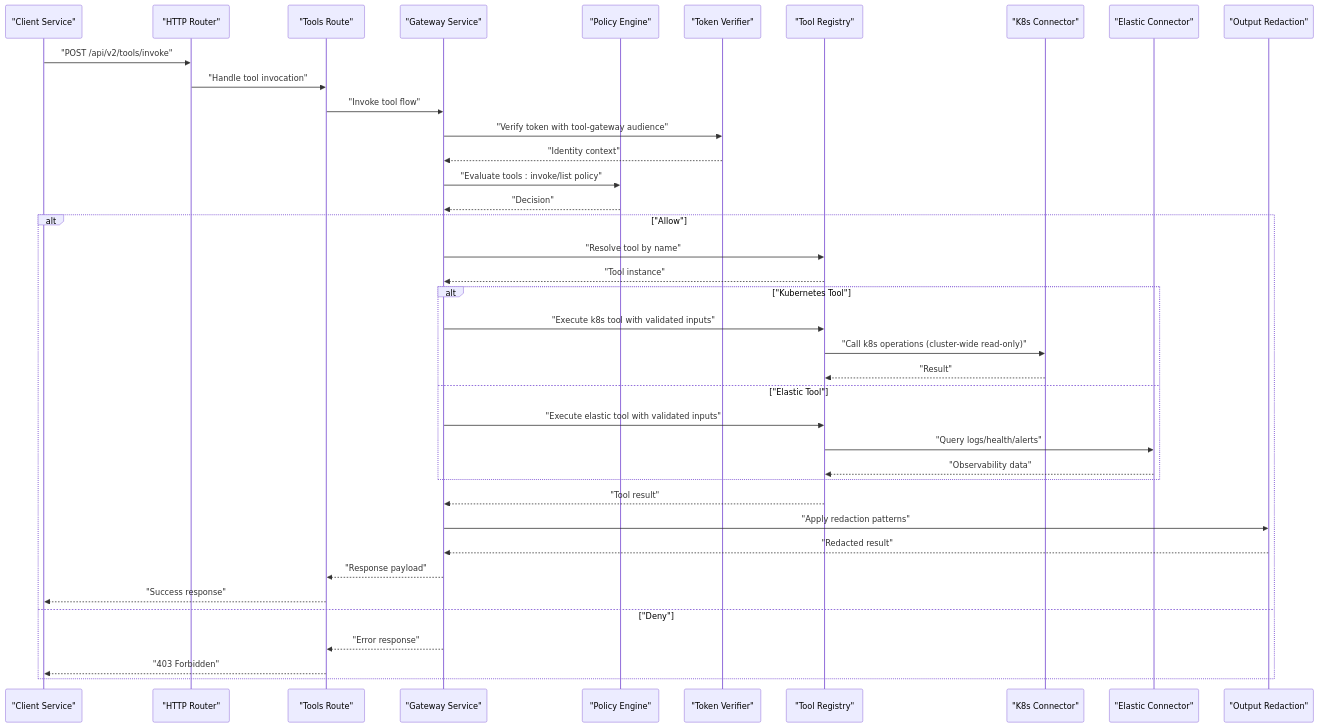
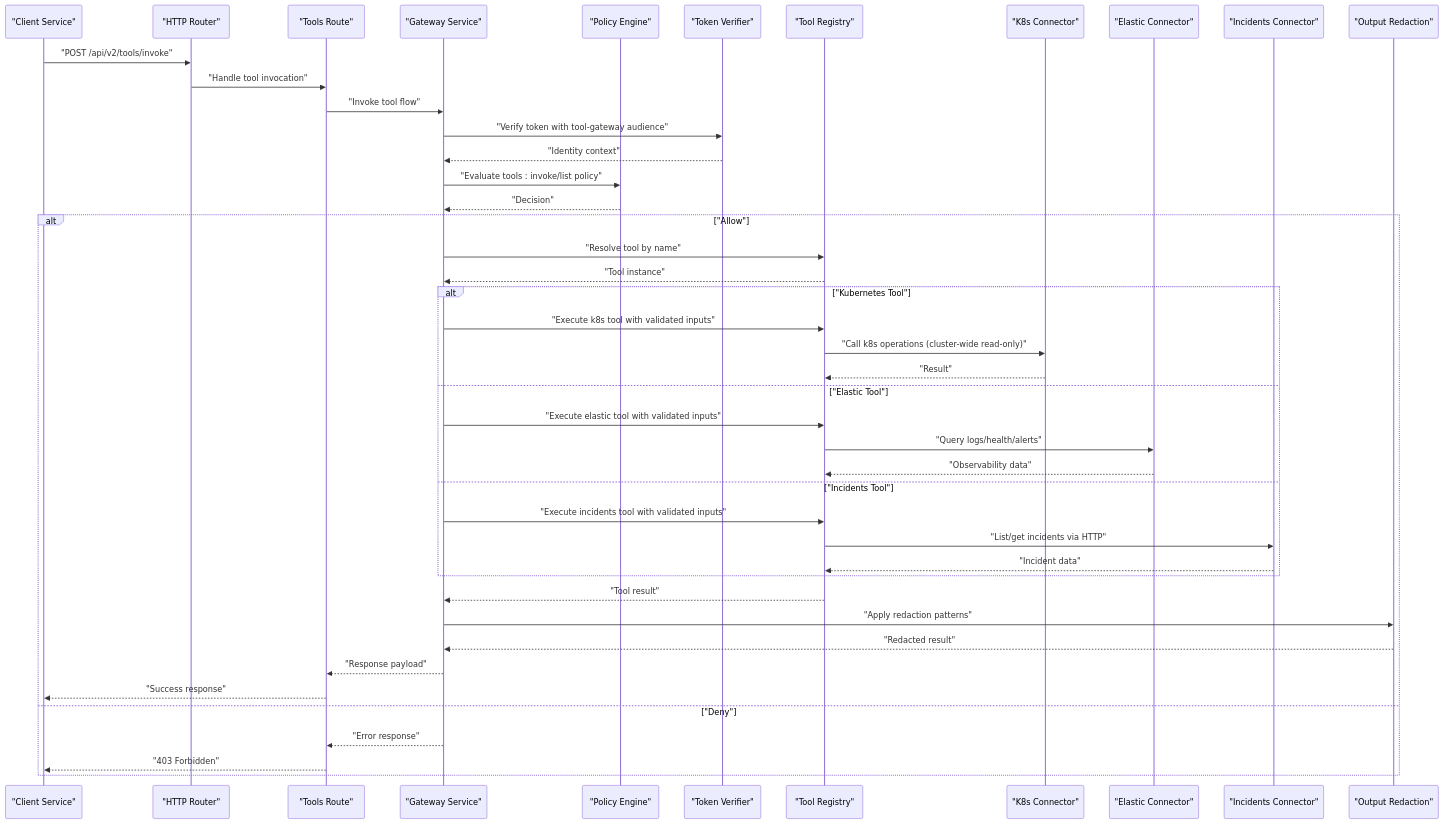
Before and after one commit to metasync/luban-aiops: the second of 12 diagrams in .qoder/repowiki/en/content/Tool Gateway Service/Tool Gateway Service.md, drawn with Mermaid. The commit also changed other lines of this file and 6 other files, not shown here.

````diff
--- a/.qoder/repowiki/en/content/Tool Gateway Service/Tool Gateway Service.md
+++ b/.qoder/repowiki/en/content/Tool Gateway Service/Tool Gateway Service.md
@@ -186,41 +195,46 @@
 ```mermaid
 sequenceDiagram
 participant Client as "Client Service"
 participant Router as "HTTP Router"
 participant ToolsRoute as "Tools Route"
 participant Gateway as "Gateway Service"
 participant Policy as "Policy Engine"
 participant Token as "Token Verifier"
 participant Registry as "Tool Registry"
 participant K8s as "K8s Connector"
 participant Elastic as "Elastic Connector"
+participant Incidents as "Incidents Connector"
 participant Redaction as "Output Redaction"
 Client->>Router : "POST /api/v2/tools/invoke"
 Router->>ToolsRoute : "Handle tool invocation"
 ToolsRoute->>Gateway : "Invoke tool flow"
 Gateway->>Token : "Verify token with tool-gateway audience"
 Token-->>Gateway : "Identity context"
 Gateway->>Policy : "Evaluate tools : invoke/list policy"
 Policy-->>Gateway : "Decision"
 alt "Allow"
 Gateway->>Registry : "Resolve tool by name"
 Registry-->>Gateway : "Tool instance"
 alt "Kubernetes Tool"
 Gateway->>Registry : "Execute k8s tool with validated inputs"
 Registry->>K8s : "Call k8s operations (cluster-wide read-only)"
 K8s-->>Registry : "Result"
 else "Elastic Tool"
 Gateway->>Registry : "Execute elastic tool with validated inputs"
 Registry->>Elastic : "Query logs/health/alerts"
 Elastic-->>Registry : "Observability data"
+else "Incidents Tool"
+Gateway->>Registry : "Execute incidents tool with validated inputs"
+Registry->>Incidents : "List/get incidents via HTTP"
+Incidents-->>Registry : "Incident data"
 end
 Registry-->>Gateway : "Tool result"
 Gateway->>Redaction : "Apply redaction patterns"
 Redaction-->>Gateway : "Redacted result"
 Gateway-->>ToolsRoute : "Response payload"
 ToolsRoute-->>Client : "Success response"
 else "Deny"
 Gateway-->>ToolsRoute : "Error response"
 ToolsRoute-->>Client : "403 Forbidden"
 end
 ```
````
